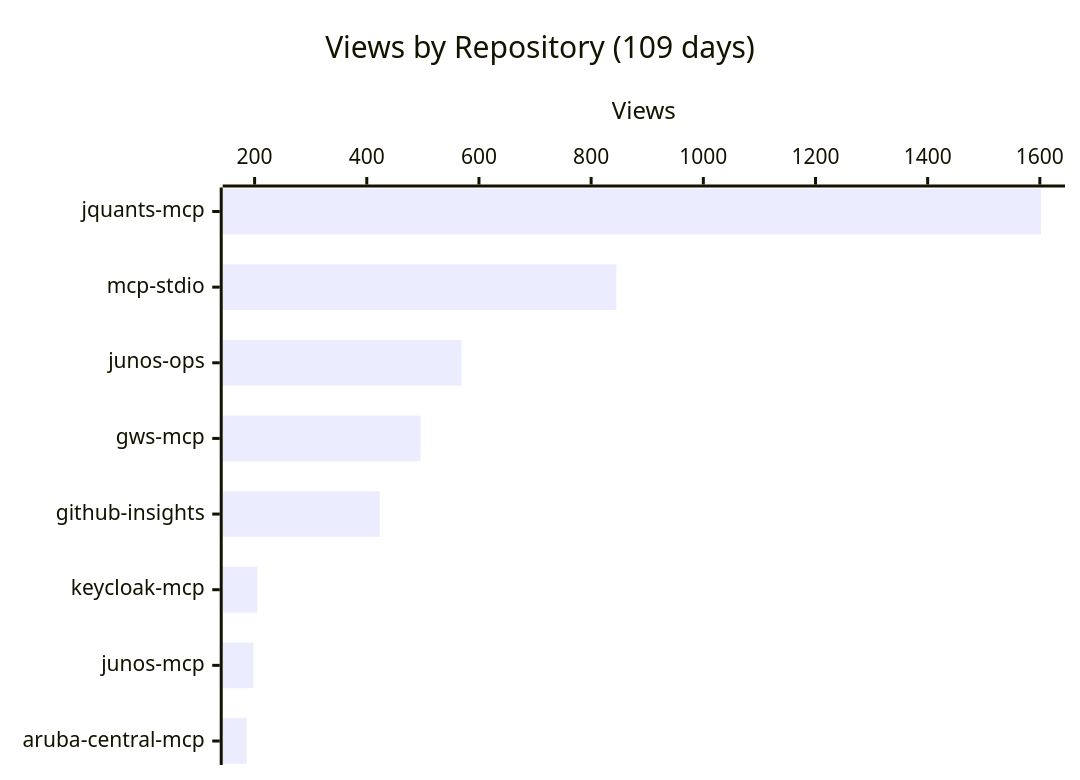
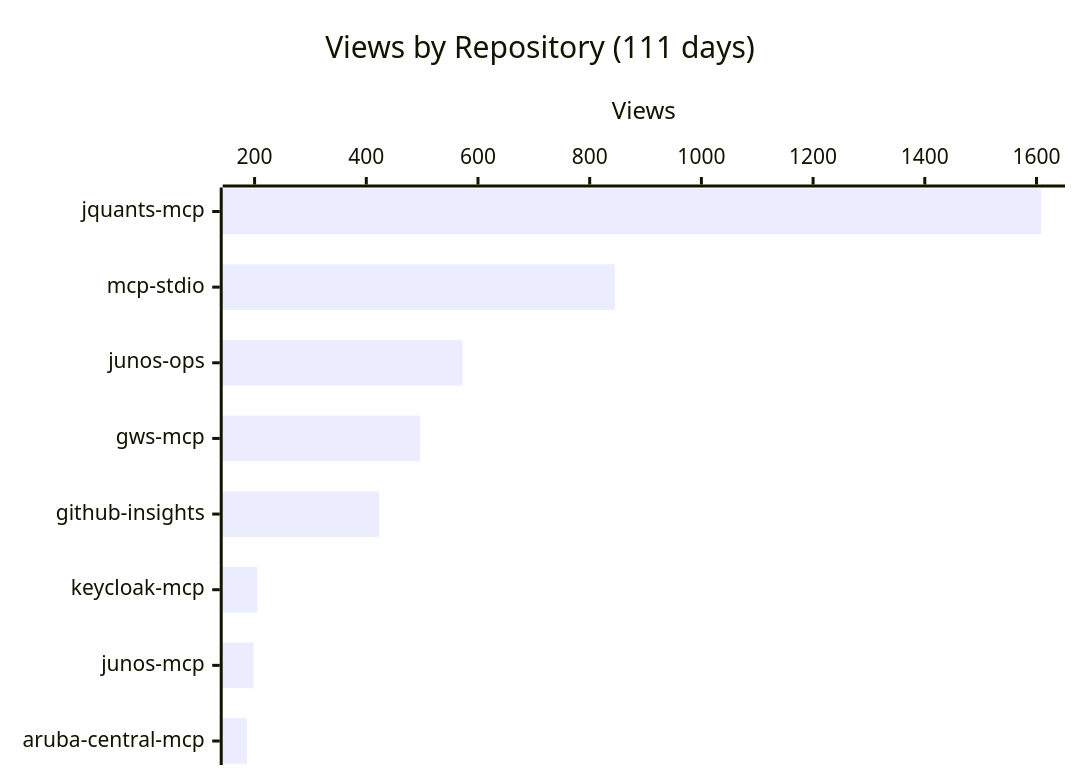
One commit to shigechika/github-insights changed the first of 4 diagrams in README.md. Above: the diagram before and after it, drawn with Mermaid. The commit also changed other lines of this file and 2 other files, not shown here.

````diff
--- a/README.md
+++ b/README.md
@@ -18,7 +18,7 @@
 ```mermaid
 xychart-beta horizontal
-    title "Views by Repository (109 days)"
+    title "Views by Repository (111 days)"
     x-axis ["jquants-mcp", "mcp-stdio", "junos-ops", "gws-mcp", "github-insights", "keycloak-mcp", "junos-mcp", "aruba-central-mcp"]
     y-axis "Views"
-    bar [1602, 845, 569, 496, 423, 205, 198, 186]
+    bar [1608, 845, 572, 496, 423, 205, 198, 186]
 ```
````
